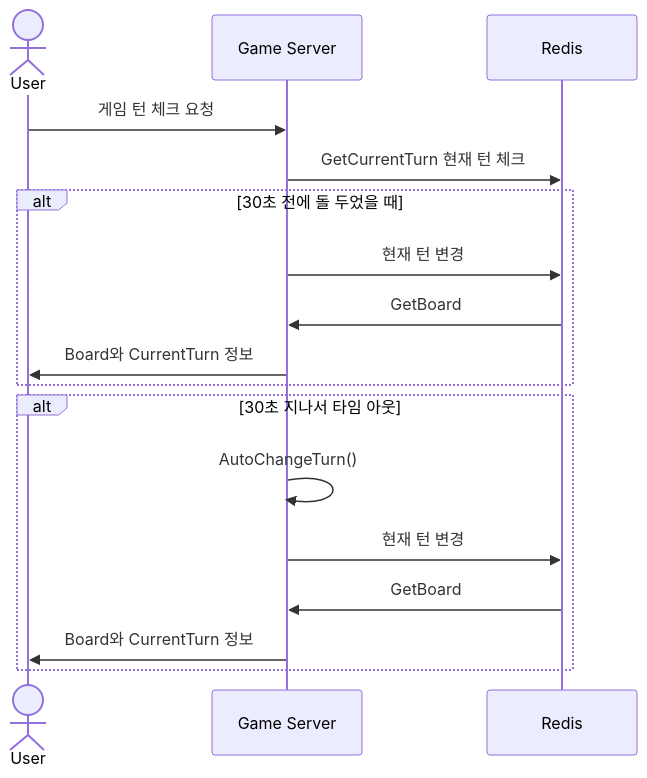
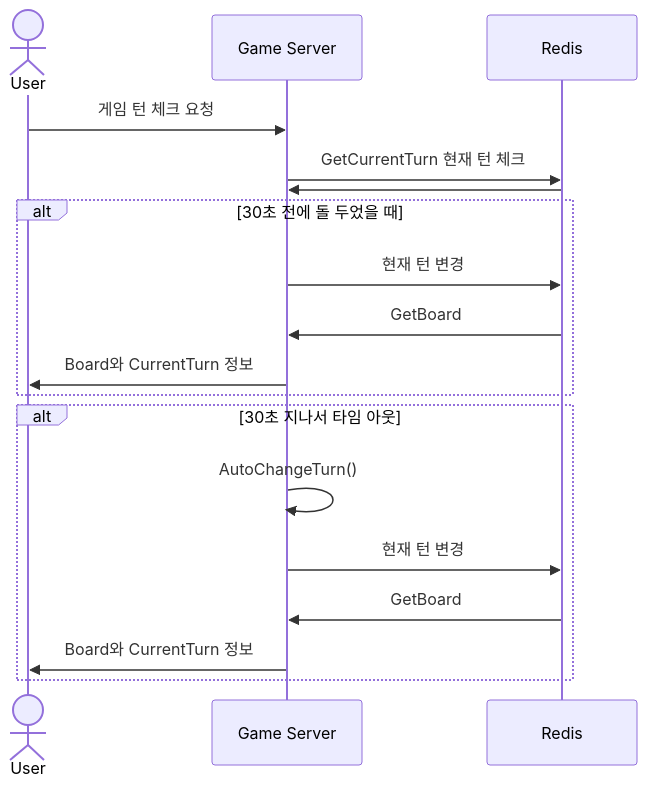
Before and after one commit to yujinS0/Omok-Game: the second of 4 diagrams in SequenceDiagram/GetGameInfo.md, drawn with Mermaid. The commit also changed other lines of this file, not shown here.

````diff
--- a/SequenceDiagram/GetGameInfo.md
+++ b/SequenceDiagram/GetGameInfo.md
@@ -22,23 +22,24 @@
 ```mermaid
 sequenceDiagram
 	actor User
 	participant Game Server
-  participant Redis
+  	participant Redis
 
 	User ->> Game Server : 게임 턴 체크 요청
 	Game Server ->> Redis : GetCurrentTurn 현재 턴 체크
+  	Redis ->> Game Server : 
   
 alt 30초 전에 돌 두었을 때
   Game Server ->> Redis : 현재 턴 변경
   Redis ->> Game Server : GetBoard
   Game Server ->> User : Board와 CurrentTurn 정보
 end
 
 alt 30초 지나서 타임 아웃
   Game Server ->> Game Server : AutoChangeTurn()
   Game Server ->> Redis : 현재 턴 변경
   Redis ->> Game Server : GetBoard
   Game Server ->> User : Board와 CurrentTurn 정보
 end
 
 ```
````
